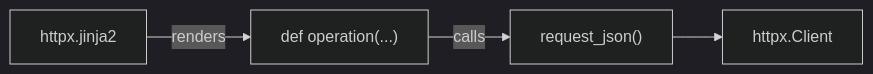
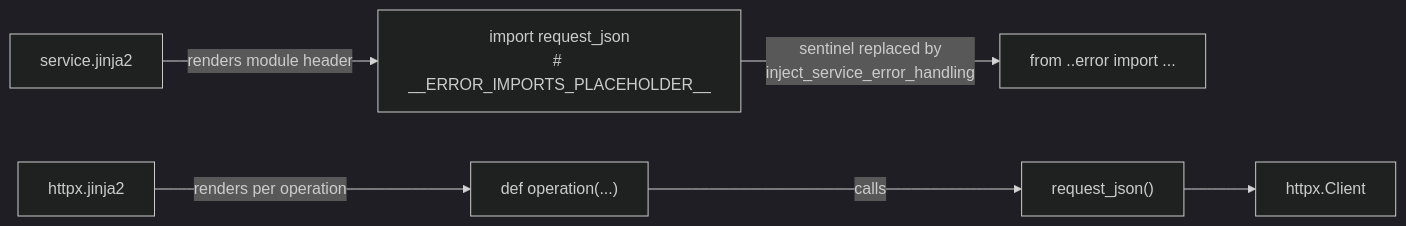
The diagram in scripts/openapi_templates/README.md (alexdearaujo/community_sdk_python), drawn with Mermaid (dark theme) before and after one commit. The commit also changed 22 other files, not shown here.

````diff
--- a/scripts/openapi_templates/README.md
+++ b/scripts/openapi_templates/README.md
@@ -30,7 +30,9 @@
 ```mermaid
 flowchart LR
-    A[httpx.jinja2] -->|renders| B["def operation(...)"]
+    A[httpx.jinja2] -->|renders per operation| B["def operation(...)"]
+    SV[service.jinja2] -->|renders module header| H["import request_json<br/># __ERROR_IMPORTS_PLACEHOLDER__"]
+    H -->|"sentinel replaced by<br/>inject_service_error_handling"| EI["from ..error import ..."]
     B -->|calls| C["request_json()"]
     C --> D[httpx.Client]
 
 ```
````
